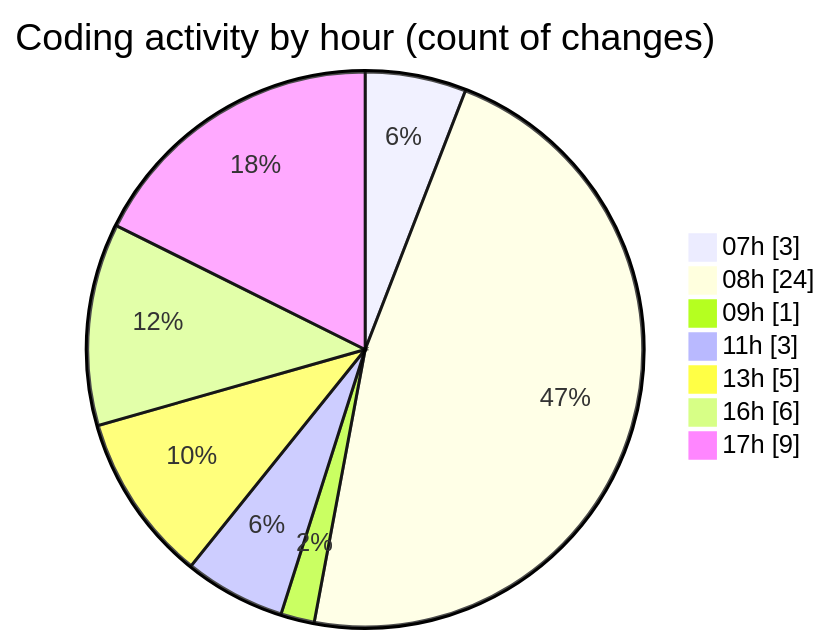
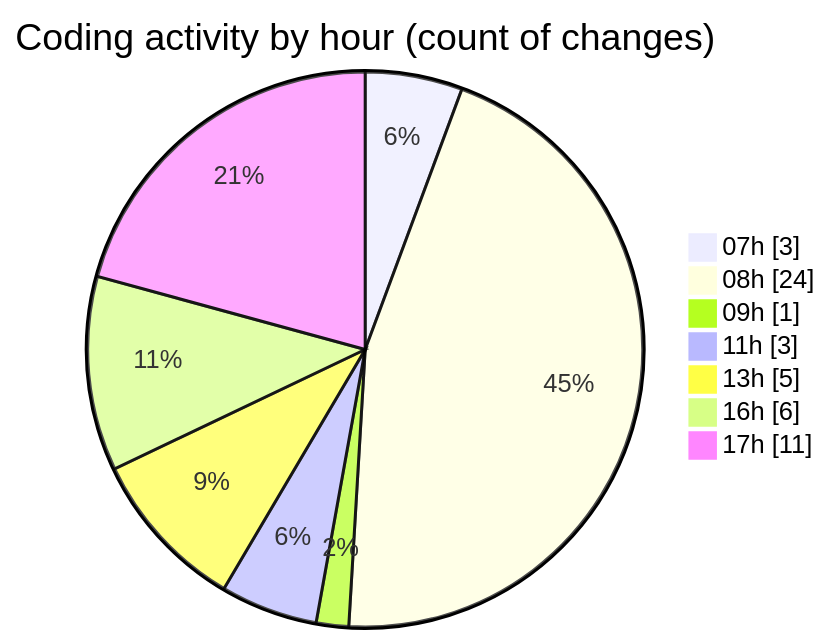
One commit to becaeroporto-bot/code-tracking changed the second of 2 diagrams in 2026-02-20/bot_i_a/README.md. Above: the diagram before and after it, drawn with Mermaid. The commit also changed other lines of this file and 1 other file, not shown here.

````diff
--- a/2026-02-20/bot_i_a/README.md
+++ b/2026-02-20/bot_i_a/README.md
@@ -51,11 +52,11 @@
 ```mermaid
 pie showData
 title Coding activity by hour (count of changes)
 "07h" : 3
 "08h" : 24
 "09h" : 1
 "11h" : 3
 "13h" : 5
 "16h" : 6
-"17h" : 9
+"17h" : 11
 ```
````
